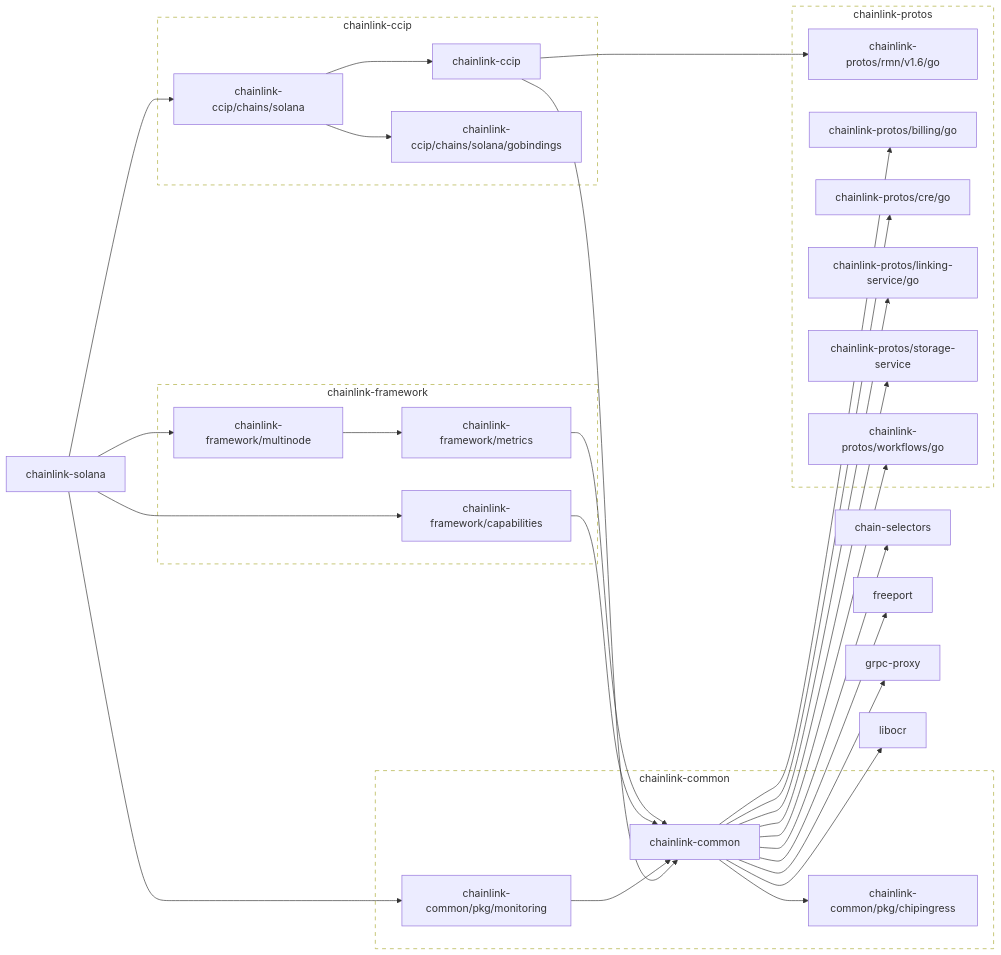
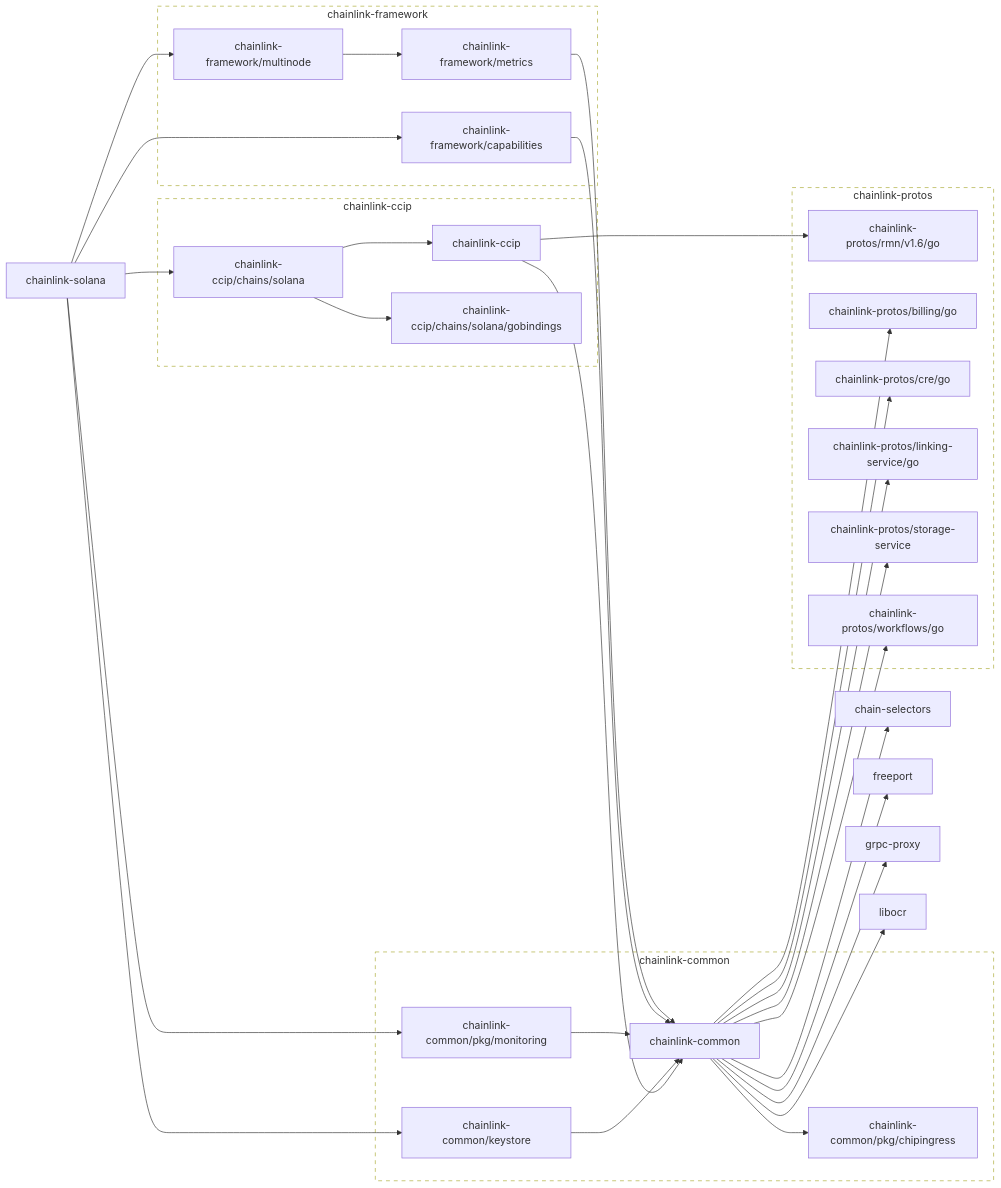
Before and after one commit to smartcontractkit/chainlink-solana: the first of 2 diagrams in go.md, drawn with Mermaid. The commit also changed other lines of this file and 4 other files, not shown here.

```diff
--- a/go.md
+++ b/go.md
@@ -24,6 +24,8 @@
 	chainlink-common --> grpc-proxy
 	chainlink-common --> libocr
 	click chainlink-common href "https://github.com/smartcontractkit/chainlink-common"
+	chainlink-common/keystore --> chainlink-common
+	click chainlink-common/keystore href "https://github.com/smartcontractkit/chainlink-common"
 	chainlink-common/pkg/chipingress
 	click chainlink-common/pkg/chipingress href "https://github.com/smartcontractkit/chainlink-common"
 	chainlink-common/pkg/monitoring --> chainlink-common
@@ -47,6 +49,7 @@
 	chainlink-protos/workflows/go
 	click chainlink-protos/workflows/go href "https://github.com/smartcontractkit/chainlink-protos"
 	chainlink-solana --> chainlink-ccip/chains/solana
+	chainlink-solana --> chainlink-common/keystore
 	chainlink-solana --> chainlink-common/pkg/monitoring
 	chainlink-solana --> chainlink-framework/capabilities
 	chainlink-solana --> chainlink-framework/multinode
@@ -67,6 +70,7 @@
 
 	subgraph chainlink-common-repo[chainlink-common]
 		 chainlink-common
+		 chainlink-common/keystore
 		 chainlink-common/pkg/chipingress
 		 chainlink-common/pkg/monitoring
 	end
```
